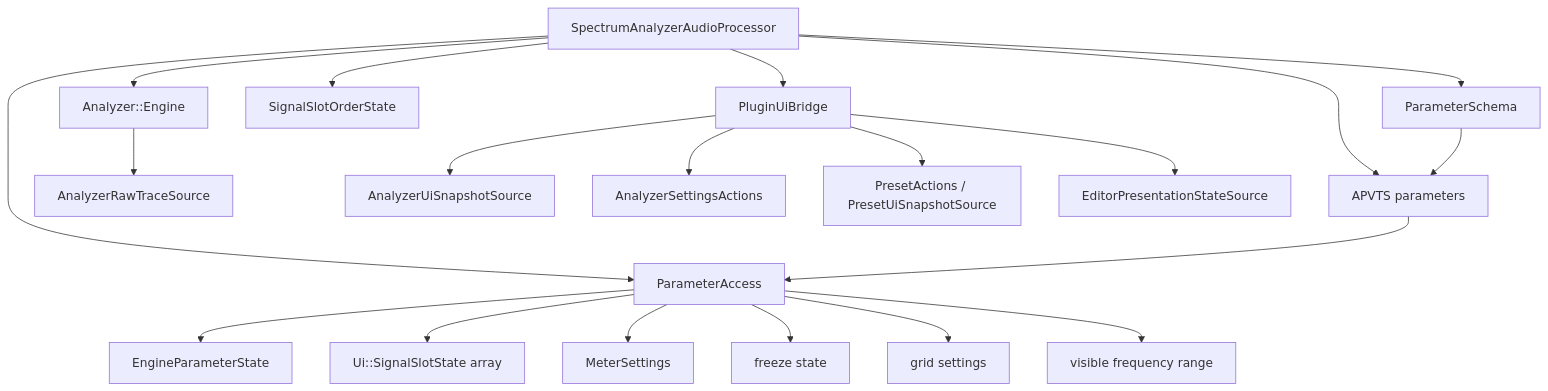
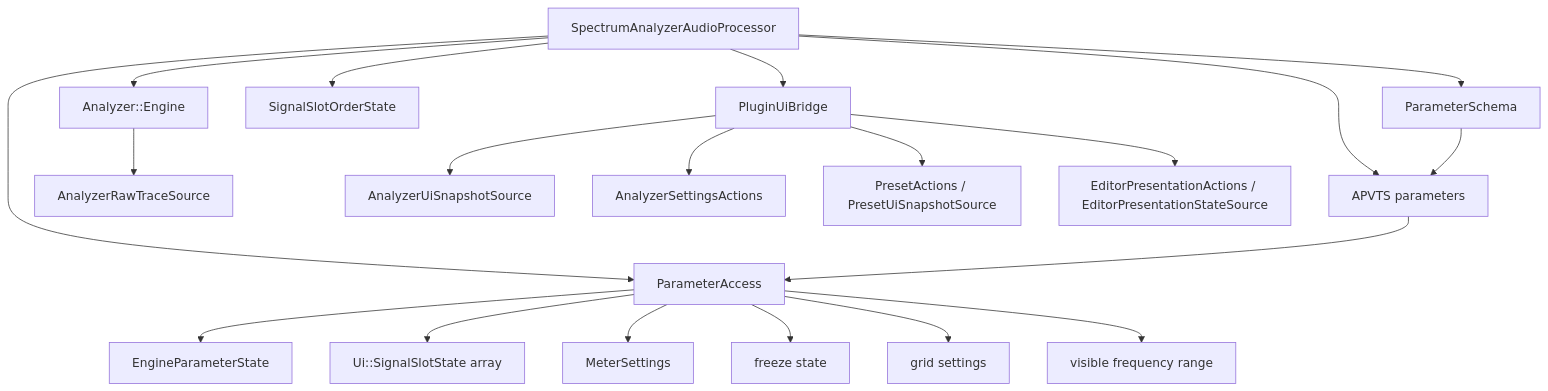
The second of 7 diagrams in docs/audio-processing-architecture.md (Silenterc/Band-Spectrum-Analyzer), drawn with Mermaid before and after one commit. The commit also changed other lines of this file and 38 other files, not shown here.

````diff
--- a/docs/audio-processing-architecture.md
+++ b/docs/audio-processing-architecture.md
@@ -46,24 +46,24 @@
 ```mermaid
 flowchart TD
     Processor[SpectrumAnalyzerAudioProcessor] --> APVTS[APVTS parameters]
     Processor --> ParamSchema[ParameterSchema]
     Processor --> ParamAccess[ParameterAccess]
     Processor --> Engine[Analyzer::Engine]
     Processor --> SlotOrderState[SignalSlotOrderState]
     Processor --> Bridge[PluginUiBridge]
 
     Engine --> RawTraceSource[AnalyzerRawTraceSource]
     Bridge --> SnapshotSource[AnalyzerUiSnapshotSource]
     Bridge --> Settings[AnalyzerSettingsActions]
     Bridge --> PresetChannels[PresetActions / PresetUiSnapshotSource]
-    Bridge --> Presentation[EditorPresentationStateSource]
+    Bridge --> Presentation[EditorPresentationActions / EditorPresentationStateSource]
 
     ParamSchema --> APVTS
     APVTS --> ParamAccess
     ParamAccess --> EngineParams[EngineParameterState]
     ParamAccess --> UiSlots[Ui::SignalSlotState array]
     ParamAccess --> Meter[MeterSettings]
     ParamAccess --> Freeze[freeze state]
     ParamAccess --> Grid[grid settings]
     ParamAccess --> ViewRange[visible frequency range]
 ```
````
